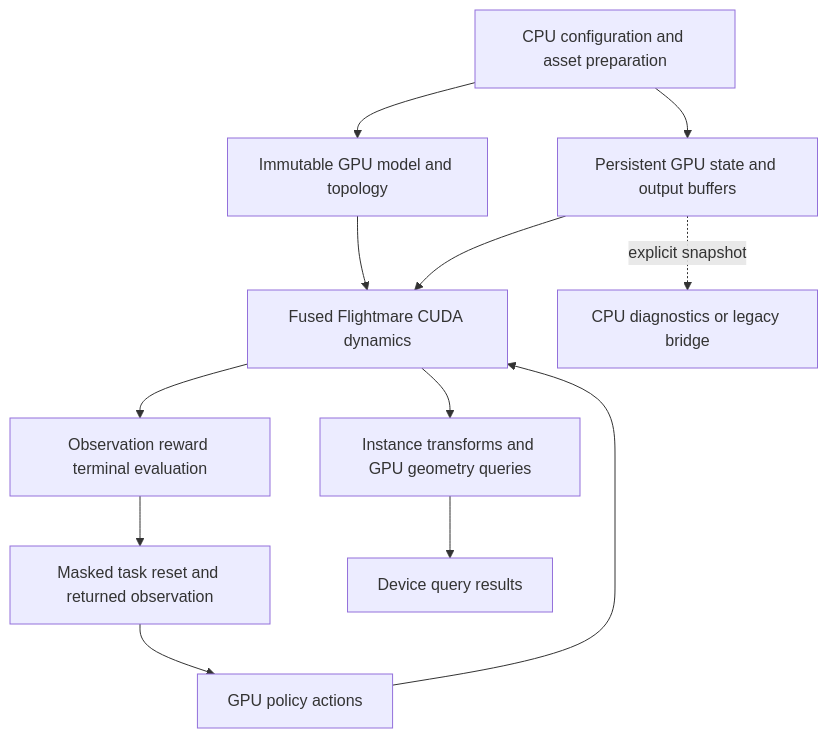
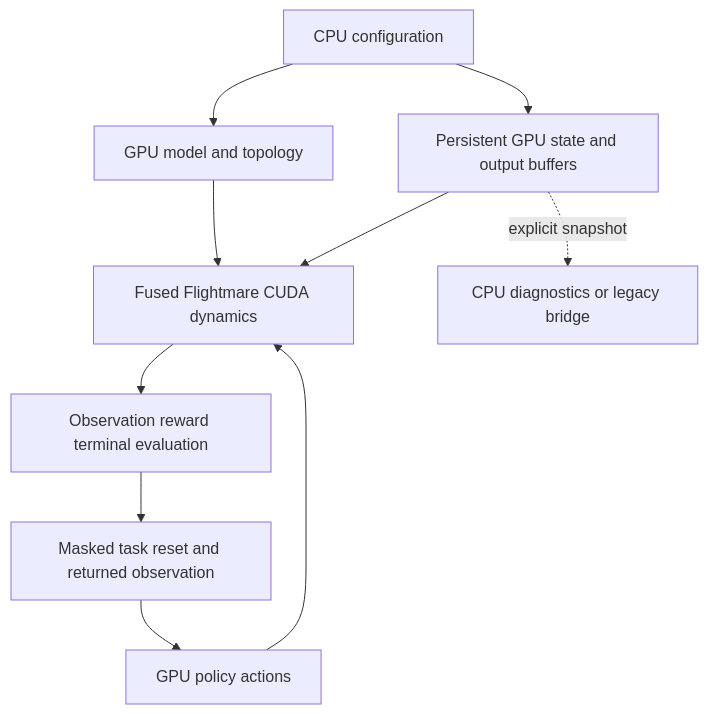
Before and after one commit to andrew-olvera-research/flightmare-CUDA: the diagram in flightlib-cuda/docs/architecture.md, drawn with Mermaid. The commit also changed other lines of this file and 5 other files, not shown here.

````diff
--- a/flightlib-cuda/docs/architecture.md
+++ b/flightlib-cuda/docs/architecture.md
@@ -36,14 +39,12 @@
 ```mermaid
 flowchart TD
-  Config[CPU configuration and asset preparation] --> Model[Immutable GPU model and topology]
+  Config[CPU configuration] --> Model[GPU model and topology]
   Config --> Arena[Persistent GPU state and output buffers]
   Policy[GPU policy actions] --> Dynamics[Fused Flightmare CUDA dynamics]
   Model --> Dynamics
   Arena --> Dynamics
   Dynamics --> Task[Observation reward terminal evaluation]
-  Dynamics --> Geometry[Instance transforms and GPU geometry queries]
   Task --> Reset[Masked task reset and returned observation]
   Reset --> Policy
-  Geometry --> Results[Device query results]
   Arena -. explicit snapshot .-> Debug[CPU diagnostics or legacy bridge]
 ```
````
